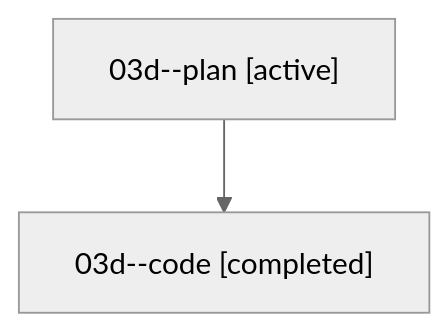
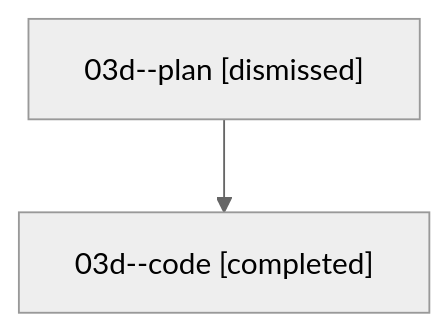
One commit to sase-org/sase--agents changed the diagram in sessions/bbugyi200.athena.03d.md. Above: the diagram before and after it, drawn with Mermaid (neutral theme). The commit also changed other lines of this file and 34 other files, not shown here.

````diff
--- a/sessions/bbugyi200.athena.03d.md
+++ b/sessions/bbugyi200.athena.03d.md
@@ -9,6 +9,6 @@
 ```mermaid
 flowchart TD
-  n0["03d--plan [active]"]
+  n0["03d--plan [dismissed]"]
   n1["03d--code [completed]"]
   n0 --> n1
 ```
````
